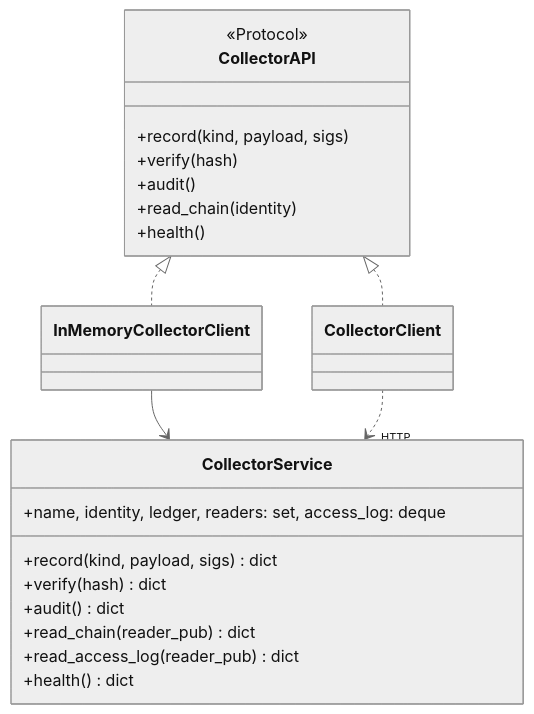
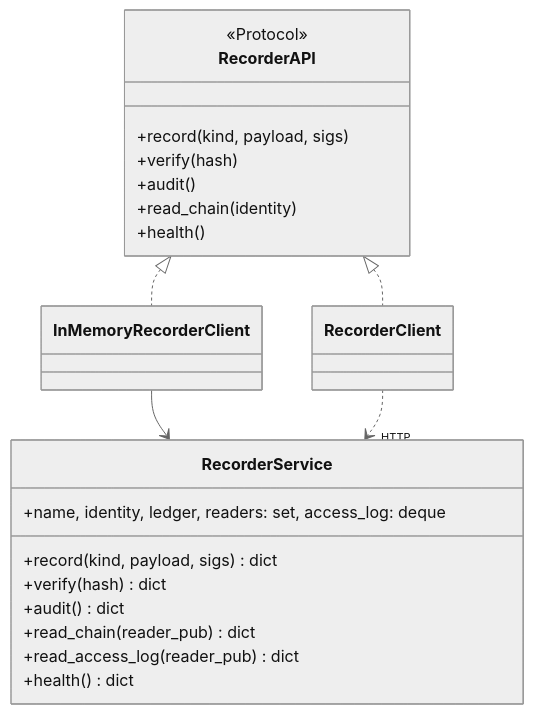
The fourth of 7 diagrams in dev/phase1/design.md (tanminkwan/share-ur-tokens), drawn with Mermaid (neutral theme) before and after one commit. The commit also changed other lines of this file and 32 other files, not shown here.

First line of the commit message:
refactor: Make the platform ledger generic and rename collector to recorder (phase 2-A)

````diff
--- a/dev/phase1/design.md
+++ b/dev/phase1/design.md
@@ -160,26 +160,26 @@
 ```mermaid
 classDiagram
-    class CollectorService {
+    class RecorderService {
         +name, identity, ledger, readers: set, access_log: deque
         +record(kind, payload, sigs) dict
         +verify(hash) dict
         +audit() dict
         +read_chain(reader_pub) dict
         +read_access_log(reader_pub) dict
         +health() dict
     }
-    class CollectorAPI {
+    class RecorderAPI {
         <<Protocol>>
         +record(kind, payload, sigs)
         +verify(hash)
         +audit()
         +read_chain(identity)
         +health()
     }
-    class CollectorClient
-    class InMemoryCollectorClient
-    CollectorAPI <|.. CollectorClient
-    CollectorAPI <|.. InMemoryCollectorClient
-    InMemoryCollectorClient --> CollectorService
-    CollectorClient ..> "HTTP" CollectorService
+    class RecorderClient
+    class InMemoryRecorderClient
+    RecorderAPI <|.. RecorderClient
+    RecorderAPI <|.. InMemoryRecorderClient
+    InMemoryRecorderClient --> RecorderService
+    RecorderClient ..> "HTTP" RecorderService
 ```
````
